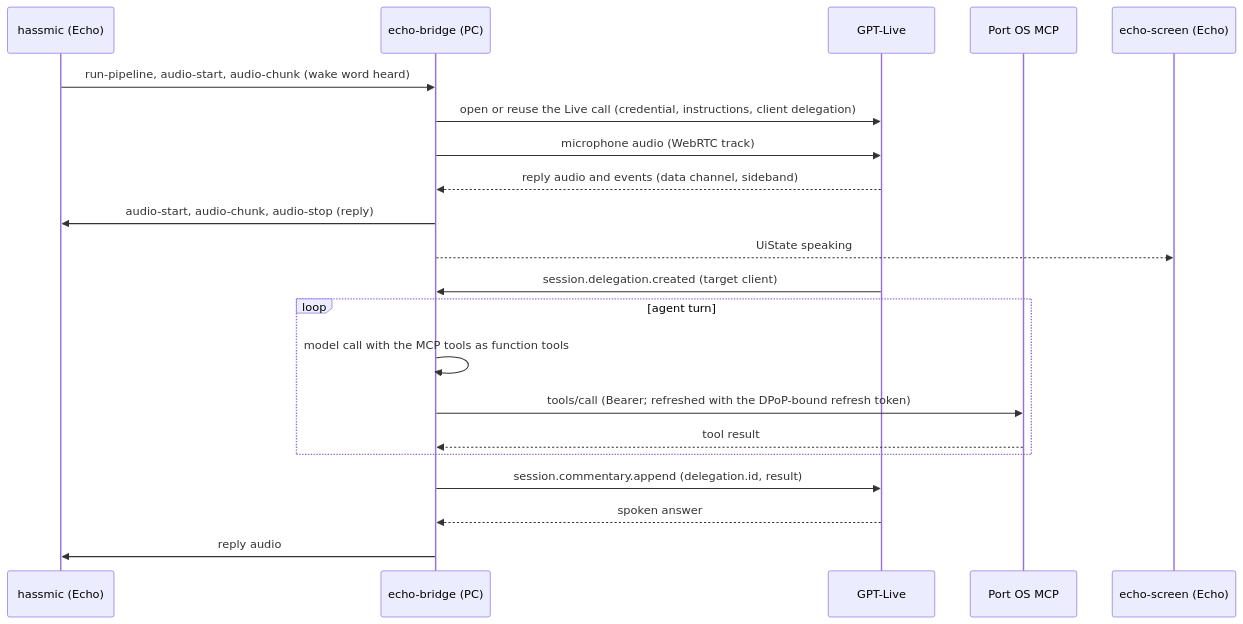
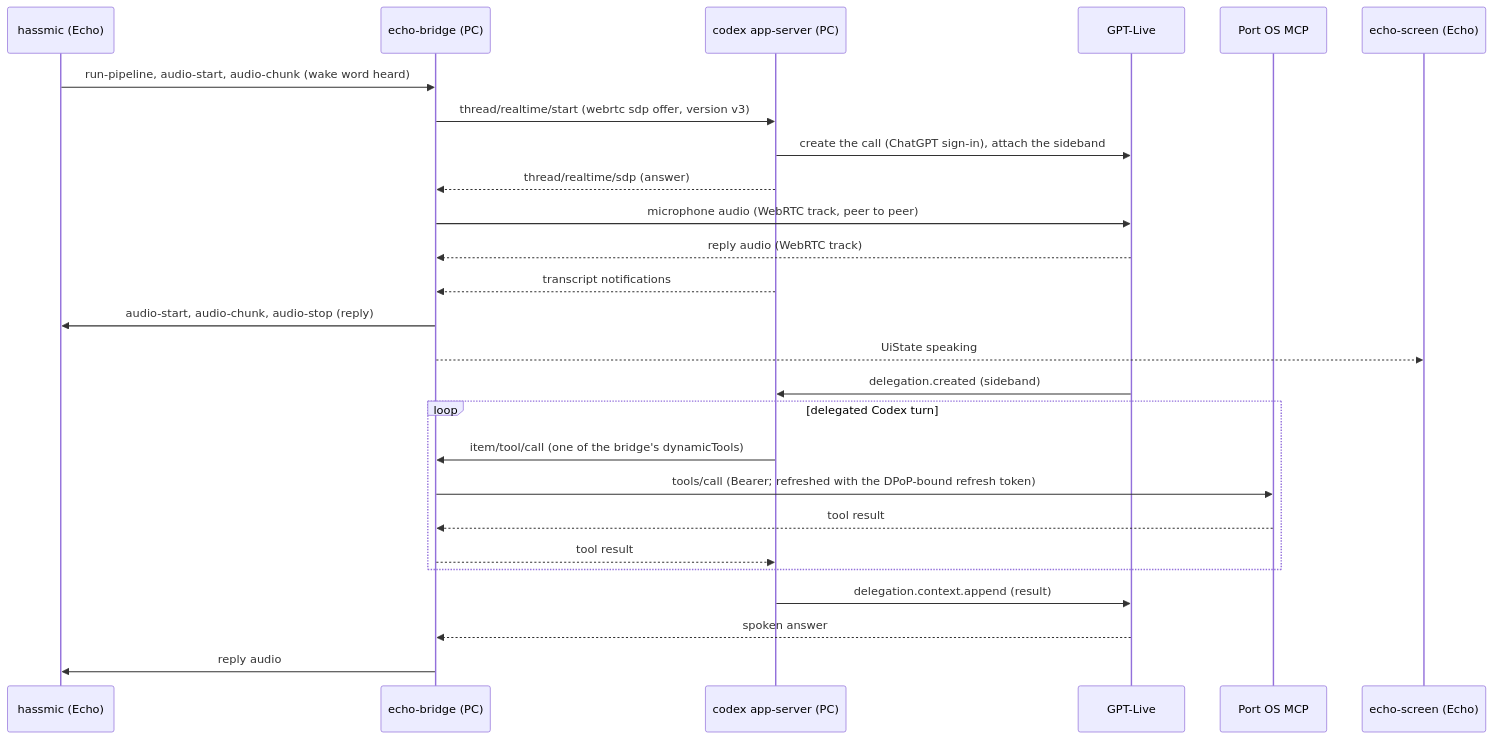
One commit to portpowered/portos-echo changed the diagram in docs/program/plan.md. Above: the diagram before and after it, drawn with Mermaid. The commit also changed other lines of this file and 1 other file, not shown here.

First line of the commit message:
coordinator: replan the voice backend onto the Codex app server

````diff
--- a/docs/program/plan.md
+++ b/docs/program/plan.md
@@ -89,23 +97,28 @@
 ```mermaid
 sequenceDiagram
     participant H as hassmic (Echo)
     participant B as echo-bridge (PC)
+    participant C as codex app-server (PC)
     participant L as GPT-Live
     participant P as Port OS MCP
     participant S as echo-screen (Echo)
     H->>B: run-pipeline, audio-start, audio-chunk (wake word heard)
-    B->>L: open or reuse the Live call (credential, instructions, client delegation)
-    B->>L: microphone audio (WebRTC track)
-    L-->>B: reply audio and events (data channel, sideband)
+    B->>C: thread/realtime/start (webrtc sdp offer, version v3)
+    C->>L: create the call (ChatGPT sign-in), attach the sideband
+    C-->>B: thread/realtime/sdp (answer)
+    B->>L: microphone audio (WebRTC track, peer to peer)
+    L-->>B: reply audio (WebRTC track)
+    C-->>B: transcript notifications
     B->>H: audio-start, audio-chunk, audio-stop (reply)
     B-->>S: UiState speaking
-    L->>B: session.delegation.created (target client)
-    loop agent turn
-        B->>B: model call with the MCP tools as function tools
+    L->>C: delegation.created (sideband)
+    loop delegated Codex turn
+        C->>B: item/tool/call (one of the bridge's dynamicTools)
         B->>P: tools/call (Bearer#59; refreshed with the DPoP-bound refresh token)
         P-->>B: tool result
+        B-->>C: tool result
     end
-    B->>L: session.commentary.append (delegation.id, result)
+    C->>L: delegation.context.append (result)
     L-->>B: spoken answer
     B->>H: reply audio
 ```
````
